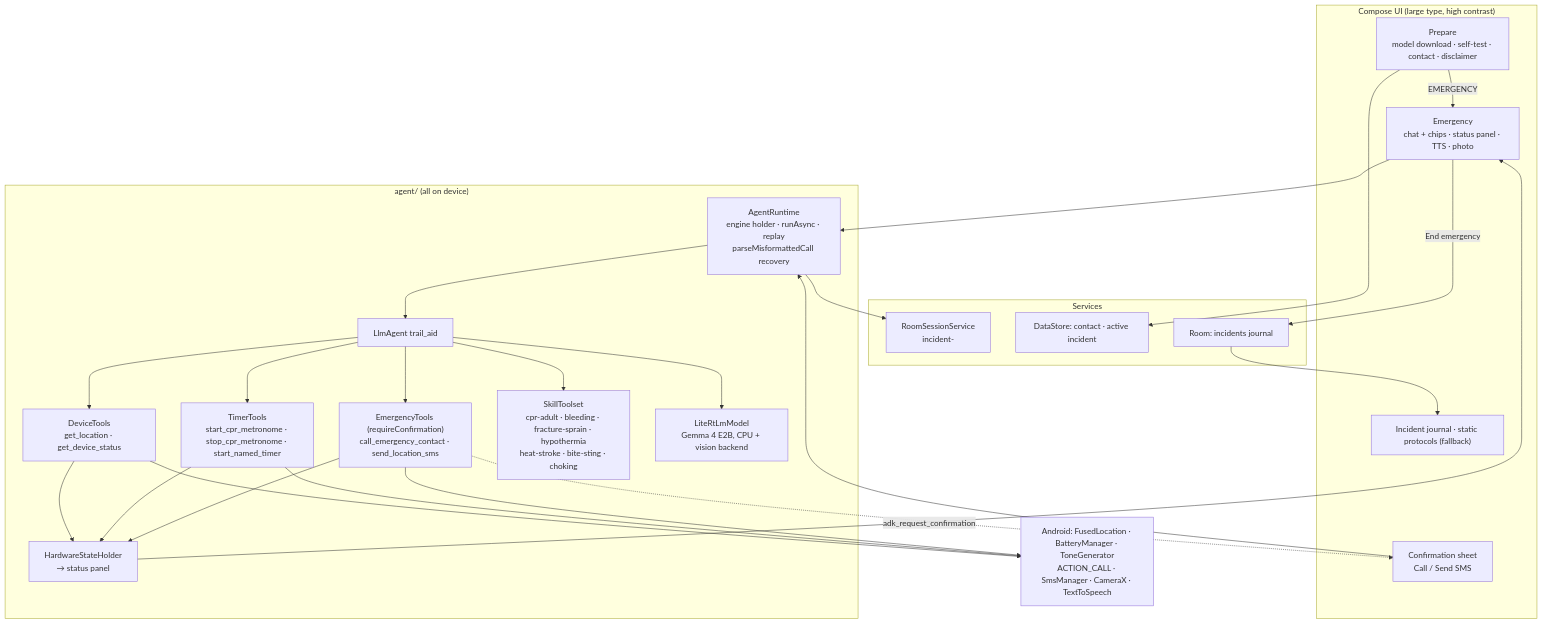
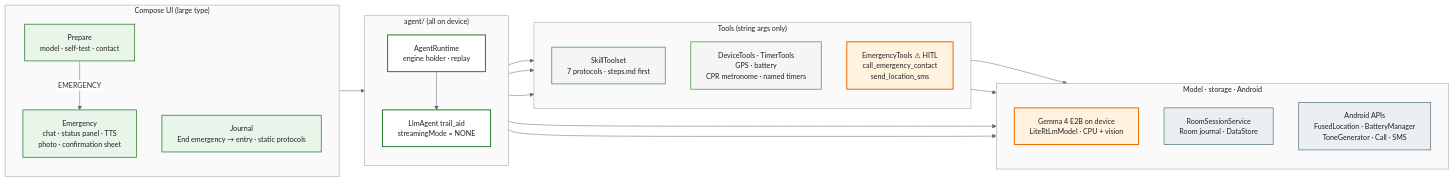
Before and after one commit to ykro/trail-aid-demo: the first of 2 diagrams in README.md, drawn with Mermaid. The commit also changed other lines of this file, not shown here.

Commit message:
Redesign README Mermaid diagrams for readability on GitHub
Left-to-right layered flowcharts with per-app color classes that read in light and
dark themes, fewer edges, HITL tools and on-device models highlighted; sequence
diagrams get autonumber, notes and approve/cancel branches.

Claude-Session: https://claude.ai/code/session_01CG2TEoiKTQVJWCuS4cZA8s

````diff
--- a/README.md
+++ b/README.md
@@ -27,34 +27,49 @@
 ```mermaid
-flowchart TB
-  subgraph UI["Compose UI (large type, high contrast)"]
-    Prep["Prepare\nmodel download · self-test · contact · disclaimer"]
-    Em["Emergency\nchat + chips · status panel · TTS · photo"]
-    Sheet["Confirmation sheet\nCall / Send SMS"]
-    Jr["Incident journal · static protocols (fallback)"]
+%%{init: {'theme':'base','themeVariables': {'lineColor':'#546E7A','textColor':'#212121','edgeLabelBackground':'#FFFFFF','fontSize':'14px'},'flowchart': {'wrappingWidth': 320}}}%%
+flowchart LR
+  subgraph UI["Compose UI (large type)"]
+    direction TB
+    Prep["Prepare<br/>model · self-test · contact"]
+    Em["Emergency<br/>chat · status panel · TTS<br/>photo · confirmation sheet"]
+    Jr["Journal<br/>End emergency → entry · static protocols"]
   end
-  subgraph Agent["agent/ (all on device)"]
-    RT["AgentRuntime\nengine holder · runAsync · replay\nparseMisformattedCall recovery"]
-    FA["LlmAgent trail_aid"]
-    DT["DeviceTools\nget_location · get_device_status"]
-    TT["TimerTools\nstart_cpr_metronome · stop_cpr_metronome · start_named_timer"]
-    ET["EmergencyTools (requireConfirmation)\ncall_emergency_contact · send_location_sms"]
-    SK["SkillToolset\ncpr-adult · bleeding · fracture-sprain · hypothermia\nheat-stroke · bite-sting · choking"]
-    HW["HardwareStateHolder\n→ status panel"]
-    LR["LiteRtLmModel\nGemma 4 E2B, CPU + vision backend"]
+  subgraph AGENT["agent/ (all on device)"]
+    direction TB
+    RT["AgentRuntime<br/>engine holder · replay"]
+    FA["LlmAgent trail_aid<br/>streamingMode = NONE"]
   end
-  subgraph Services
-    Room["RoomSessionService\nincident-<timestamp>"]
-    DS["DataStore: contact · active incident"]
-    DB["Room: incidents journal"]
+  subgraph TOOLS["Tools (string args only)"]
+    direction TB
+    SK["SkillToolset<br/>7 protocols · steps.md first"]
+    HWT["DeviceTools · TimerTools<br/>GPS · battery<br/>CPR metronome · named timers"]
+    ET["EmergencyTools ⚠︎ HITL<br/>call_emergency_contact<br/>send_location_sms"]
   end
-  Sys["Android: FusedLocation · BatteryManager · ToneGenerator\nACTION_CALL · SmsManager · CameraX · TextToSpeech"]
+  subgraph EXT["Model · storage · Android"]
+    direction TB
+    LR["Gemma 4 E2B on device<br/>LiteRtLmModel · CPU + vision"]
+    Store["RoomSessionService<br/>Room journal · DataStore"]
+    Sys["Android APIs<br/>FusedLocation · BatteryManager<br/>ToneGenerator · Call · SMS"]
+  end
 
-  Prep --> DS
-  Prep -- EMERGENCY --> Em --> RT --> FA --> DT & TT & ET & SK
+  Prep -- EMERGENCY --> Em --> RT --> FA
+  FA --> SK & HWT & ET
   FA --> LR
-  RT --> Room
-  DT & TT & ET --> HW --> Em
-  DT & TT & ET --> Sys
-  ET -. adk_request_confirmation .-> Sheet --> RT
-  Em -- End emergency --> DB --> Jr
+  RT --> Store
+  HWT --> Sys
+  ET --> Sys
+
+  classDef ui fill:#E8F5E9,stroke:#2E7D32,stroke-width:1.5px,color:#212121
+  classDef agent fill:#FFFFFF,stroke:#2E7D32,stroke-width:2px,color:#212121
+  classDef tool fill:#F5F5F5,stroke:#43A047,stroke-width:1.5px,color:#212121
+  classDef ext fill:#ECEFF1,stroke:#607D8B,stroke-width:1.5px,color:#212121
+  classDef accent fill:#FFF3E0,stroke:#EF6C00,stroke-width:2px,color:#212121
+  class Prep,Em,Jr ui
+  class RT,FA agent
+  class SK,HWT tool
+  class Store,Sys ext
+  class ET,LR accent
+  style UI fill:#FAFAFA,stroke:#9E9E9E,color:#212121
+  style AGENT fill:#FAFAFA,stroke:#9E9E9E,color:#212121
+  style TOOLS fill:#FAFAFA,stroke:#9E9E9E,color:#212121
+  style EXT fill:#FAFAFA,stroke:#9E9E9E,color:#212121
 ```
````
